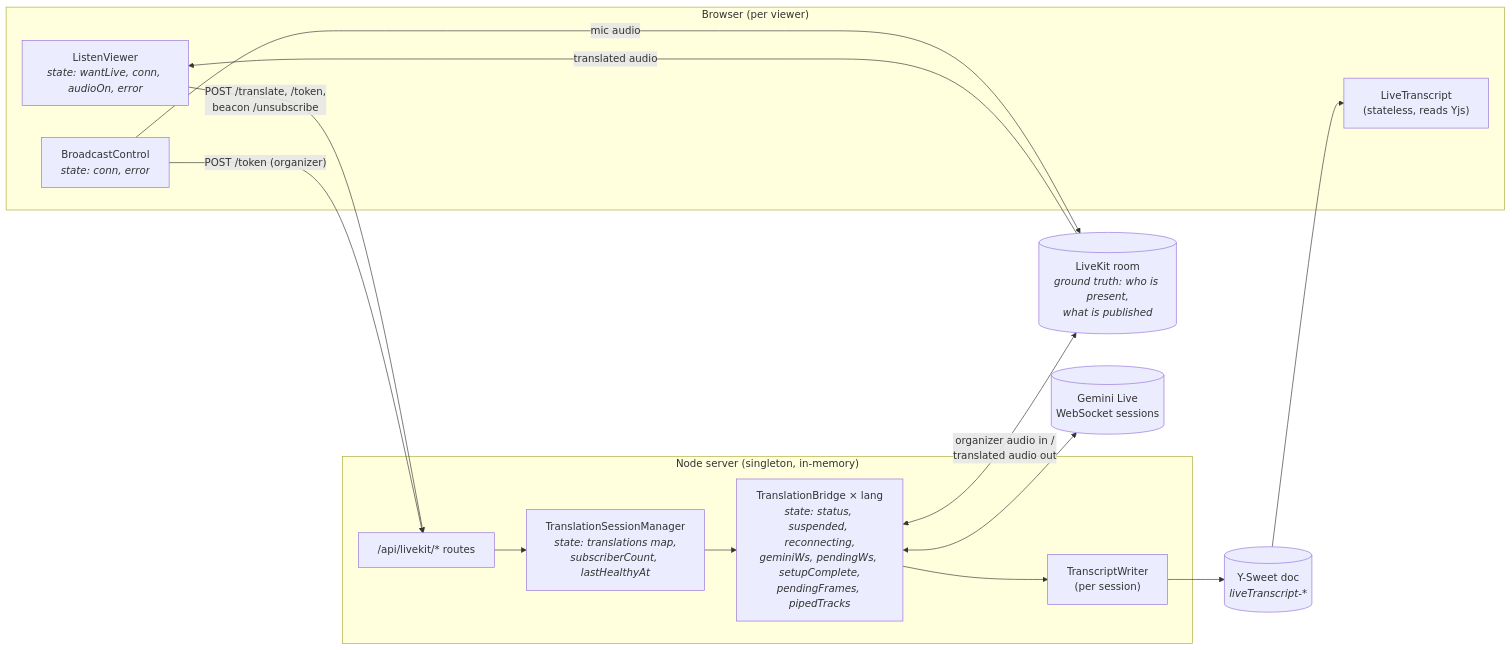
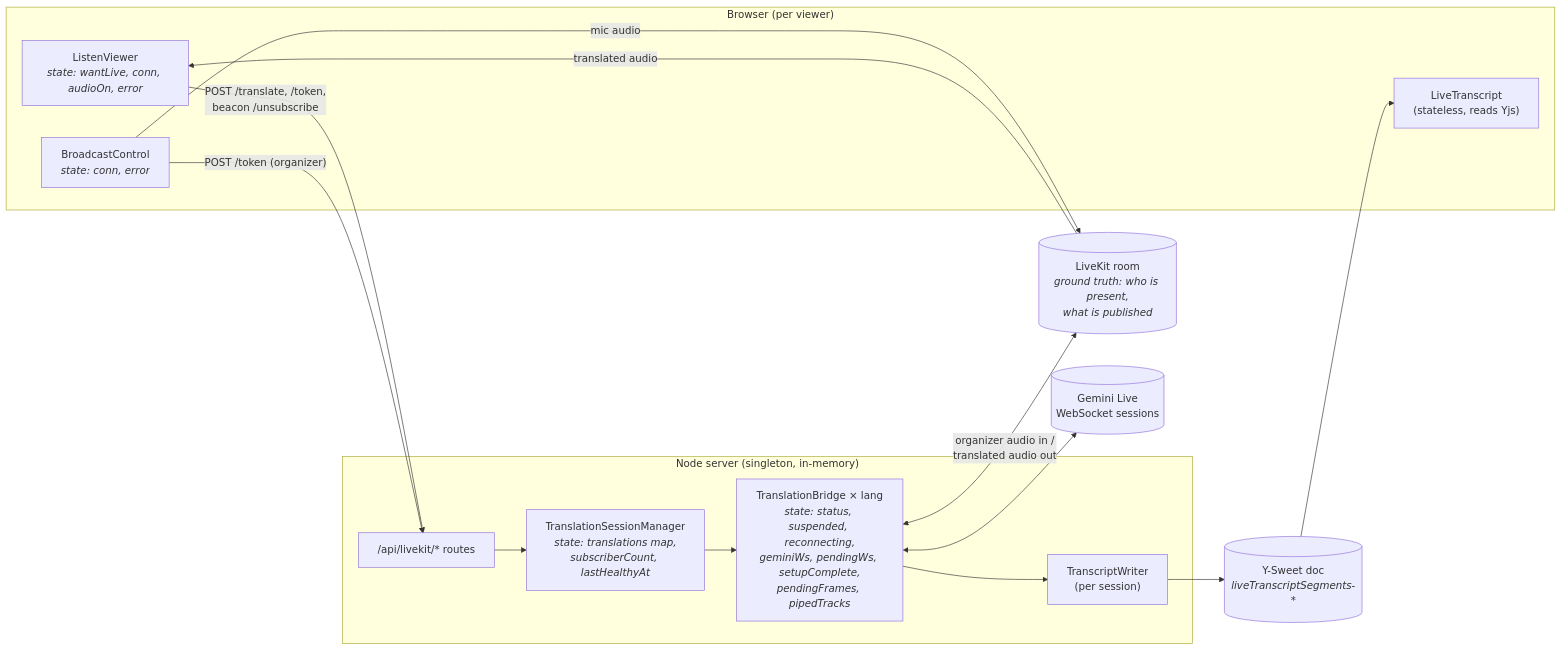
The first of 8 diagrams in docs/live-audio-state-architecture.md (kcarnold/live-notes), drawn with Mermaid before and after one commit. The commit also changed 14 other files, not shown here.

First line of the commit message:
live transcript: show a break when the speaker pauses

````diff
--- a/docs/live-audio-state-architecture.md
+++ b/docs/live-audio-state-architecture.md
@@ -43,29 +43,29 @@
 ```mermaid
 flowchart LR
   subgraph Browser["Browser (per viewer)"]
     LV["ListenViewer<br/><i>state: wantLive, conn, audioOn, error</i>"]
     BC["BroadcastControl<br/><i>state: conn, error</i>"]
     LT["LiveTranscript<br/>(stateless, reads Yjs)"]
   end
 
   subgraph Server["Node server (singleton, in-memory)"]
     API["/api/livekit/* routes"]
     MGR["TranslationSessionManager<br/><i>state: translations map,<br/>subscriberCount, lastHealthyAt</i>"]
     BR["TranslationBridge × lang<br/><i>state: status, suspended, reconnecting,<br/>geminiWs, pendingWs, setupComplete,<br/>pendingFrames, pipedTracks</i>"]
     TW["TranscriptWriter<br/>(per session)"]
   end
 
   LK[("LiveKit room<br/><i>ground truth: who is present,<br/>what is published</i>")]
   GEM[("Gemini Live<br/>WebSocket sessions")]
-  YS[("Y-Sweet doc<br/><i>liveTranscript-*</i>")]
+  YS[("Y-Sweet doc<br/><i>liveTranscriptSegments-*</i>")]
 
   BC -- "mic audio" --> LK
   LV -- "POST /translate, /token,<br/>beacon /unsubscribe" --> API
   BC -- "POST /token (organizer)" --> API
   API --> MGR --> BR
   BR <-- "organizer audio in /<br/>translated audio out" --> LK
   BR <--> GEM
   BR --> TW --> YS
   YS --> LT
   LK -- "translated audio" --> LV
 ```
````
